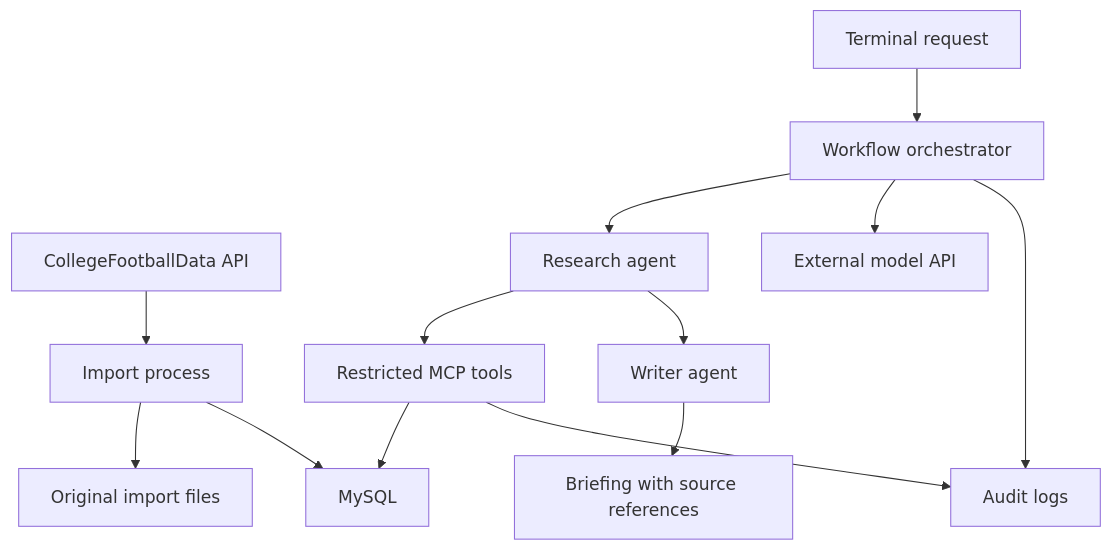
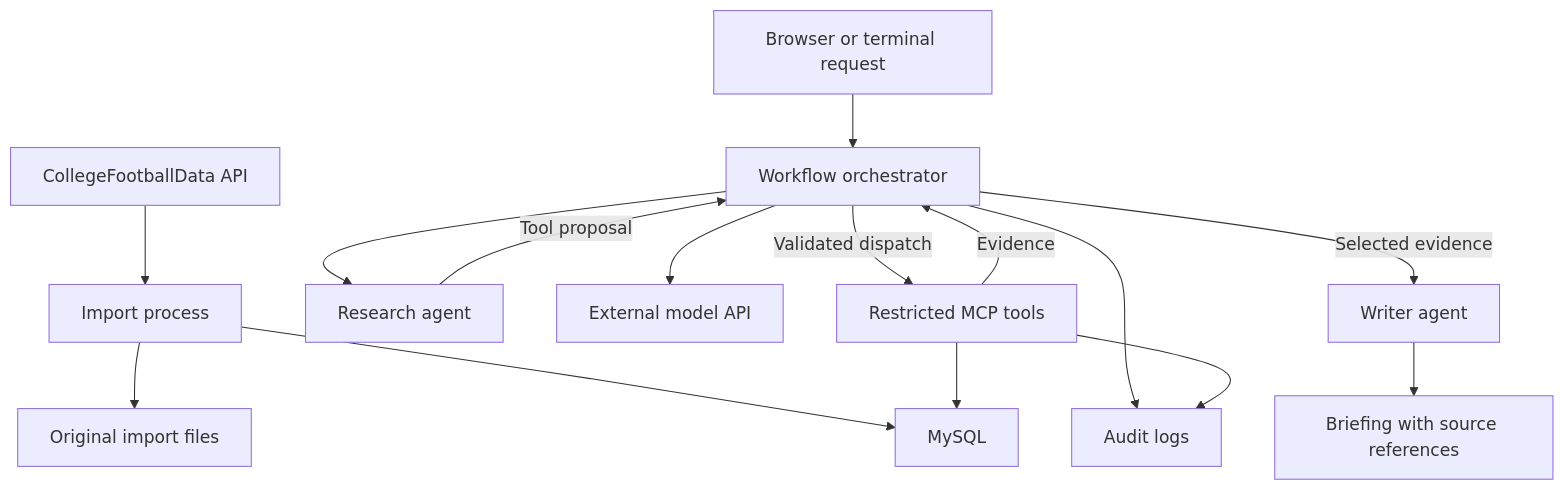
The diagram in README.md (ryancesutton/stillwater-longhorns), drawn with Mermaid before and after one commit. The commit also changed other lines of this file and 21 other files, not shown here.

````diff
--- a/README.md
+++ b/README.md
@@ -29,15 +31,17 @@
 ```mermaid
 flowchart TD
     Source[CollegeFootballData API] --> Import[Import process]
     Import --> Raw[Original import files]
     Import --> DB[MySQL]
-    User[Terminal request] --> Orchestrator[Workflow orchestrator]
+    User[Browser or terminal request] --> Orchestrator[Workflow orchestrator]
     Orchestrator --> Research[Research agent]
     Orchestrator --> API[External model API]
-    Research --> MCP[Restricted MCP tools]
+    Research -->|Tool proposal| Orchestrator
+    Orchestrator -->|Validated dispatch| MCP[Restricted MCP tools]
     MCP --> DB
-    Research --> Writer[Writer agent]
+    MCP -->|Evidence| Orchestrator
+    Orchestrator -->|Selected evidence| Writer[Writer agent]
     Writer --> Briefing[Briefing with source references]
     Orchestrator --> Logs[Audit logs]
     MCP --> Logs
 ```
````
